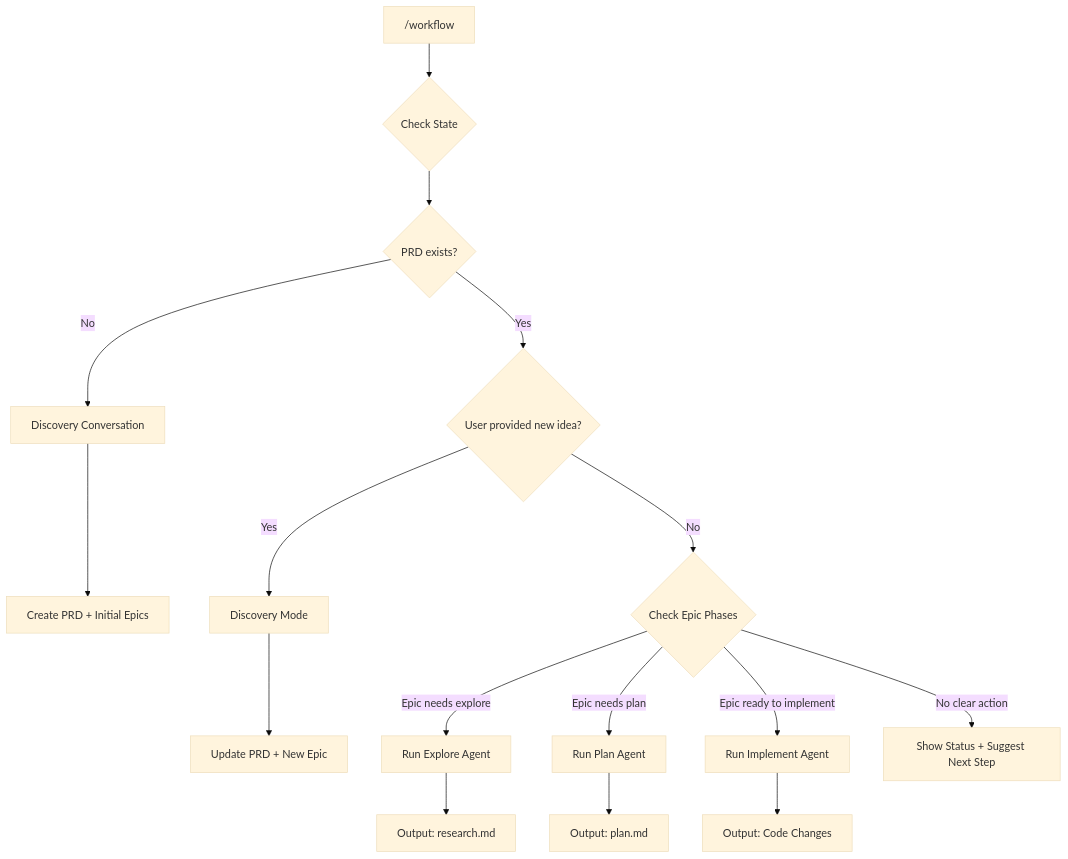
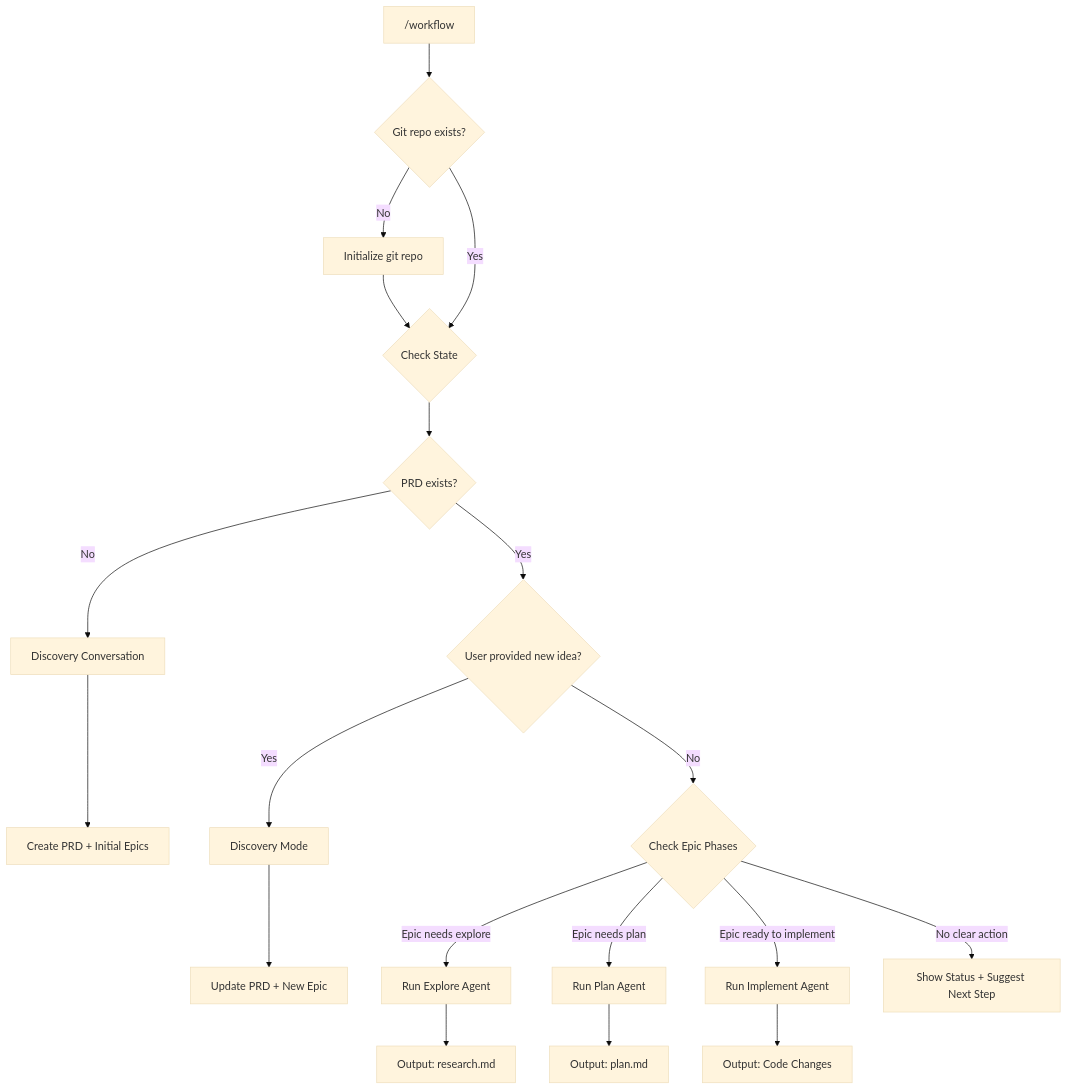
Before and after one commit to astrosteveo/epic: the second of 5 diagrams in .claude/workflow/VISION.md, drawn with Mermaid (base theme). The commit also changed other lines of this file, not shown here.

First line of the commit message:
docs(vision): add /workflow command design and commit strategy

````diff
--- a/.claude/workflow/VISION.md
+++ b/.claude/workflow/VISION.md
@@ -42,25 +42,28 @@
 ```mermaid
 flowchart TD
-    W["/workflow"] --> Check{Check State}
+    W["/workflow"] --> GitCheck{Git repo exists?}
+    GitCheck -->|No| InitGit[Initialize git repo]
+    InitGit --> Check{Check State}
+    GitCheck -->|Yes| Check
 
     Check --> NoPRD{PRD exists?}
     NoPRD -->|No| Discovery1[Discovery Conversation]
     Discovery1 --> CreatePRD[Create PRD + Initial Epics]
 
     NoPRD -->|Yes| HasIdea{User provided new idea?}
     HasIdea -->|Yes| Discovery2[Discovery Mode]
     Discovery2 --> UpdatePRD[Update PRD + New Epic]
 
     HasIdea -->|No| EpicPhase{Check Epic Phases}
 
     EpicPhase -->|Epic needs explore| Explore[Run Explore Agent]
     Explore --> ResearchMD[Output: research.md]
 
     EpicPhase -->|Epic needs plan| Plan[Run Plan Agent]
     Plan --> PlanMD[Output: plan.md]
 
     EpicPhase -->|Epic ready to implement| Implement[Run Implement Agent]
     Implement --> Code[Output: Code Changes]
 
     EpicPhase -->|No clear action| Status[Show Status + Suggest Next Step]
 ```
````
